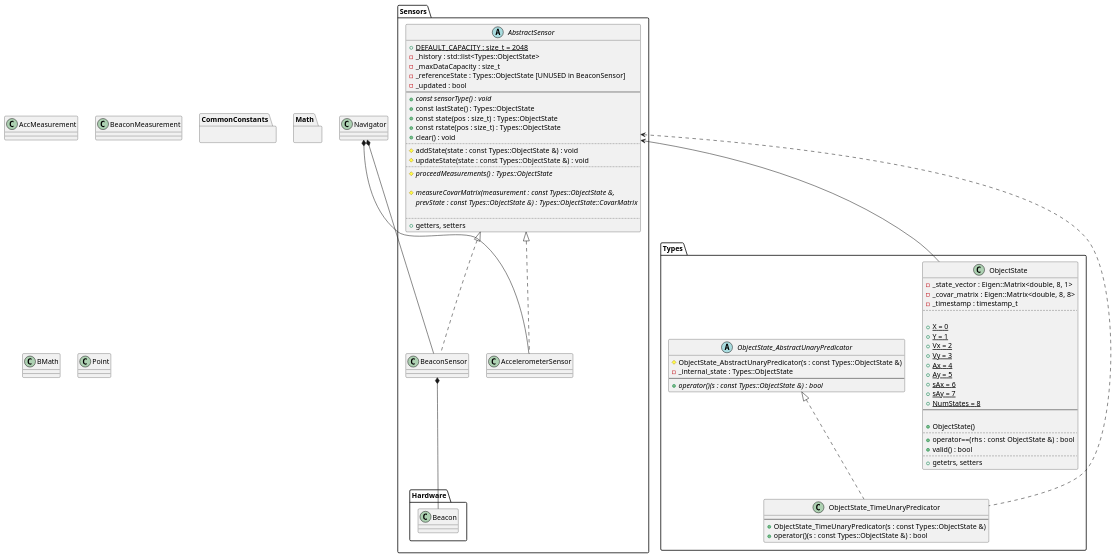
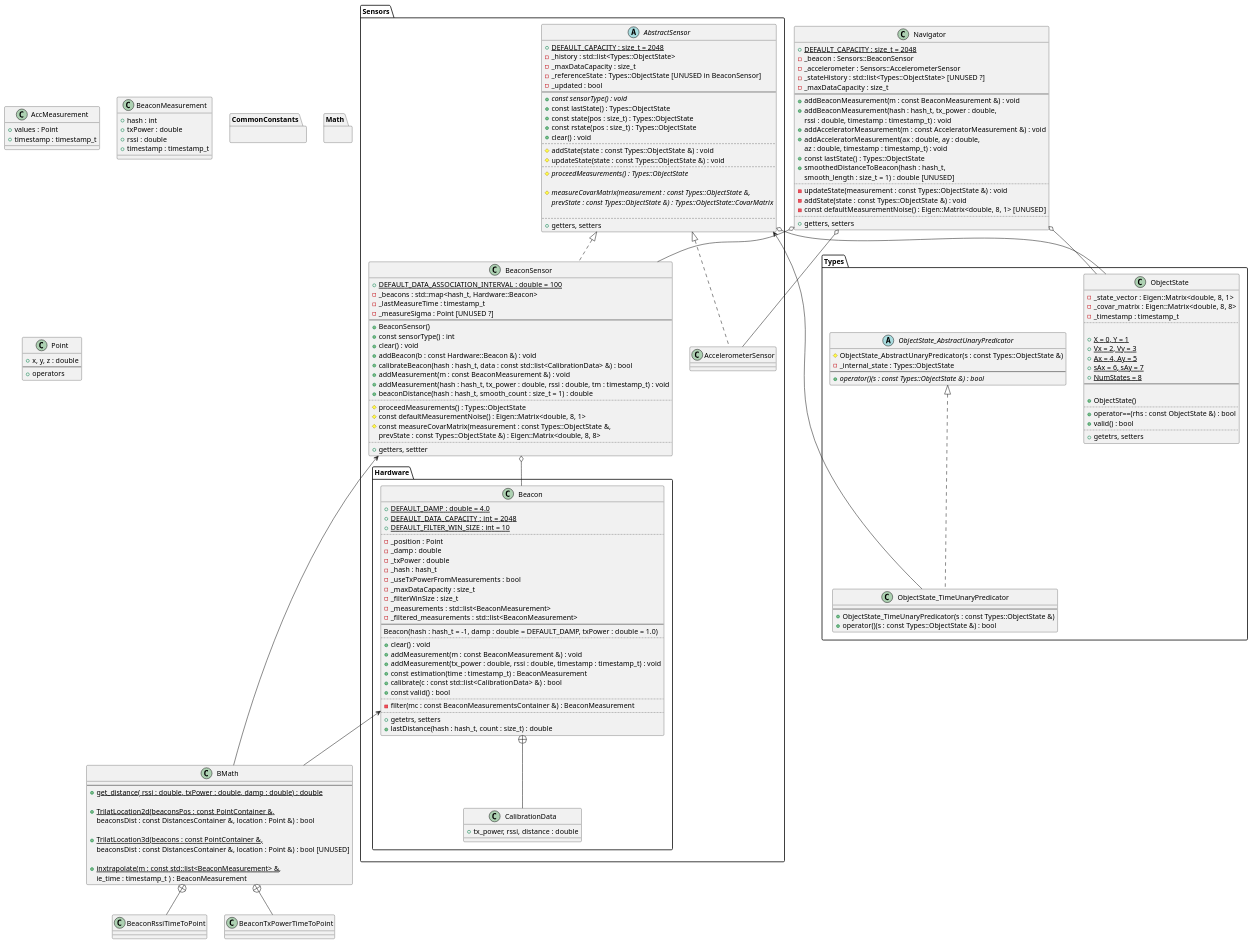
Before and after one commit to Dima2407/indoor: the diagram in tools/test-tool/UML_diagrams/tracking_lib.puml, drawn with PlantUML. The commit also changed 6 other files, not shown here.

Commit message:
tracking_lib UML almost done

```diff
--- a/tools/test-tool/UML_diagrams/tracking_lib.puml
+++ b/tools/test-tool/UML_diagrams/tracking_lib.puml
@@ -26,6 +26,26 @@
     }
 
     class BeaconSensor{
+    + {static} DEFAULT_DATA_ASSOCIATION_INTERVAL : double = 100
+    - _beacons : std::map<hash_t, Hardware::Beacon>
+    - _lastMeasureTime : timestamp_t
+    - _measureSigma : Point [UNUSED ?]
+    --
+    + BeaconSensor()
+    + const sensorType() : int
+    + clear() : void
+    + addBeacon(b : const Hardware::Beacon &) : void
+    + calibrateBeacon(hash : hash_t, data : const std::list<CalibrationData> &) : bool
+    + addMeasurement(m : const BeaconMeasurement &) : void
+    + addMeasurement(hash : hash_t, tx_power : double, rssi : double, tm : timestamp_t) : void
+    + beaconDistance(hash : hash_t, smooth_count : size_t = 1) : double
+    ..
+    # proceedMeasurements() : Types::ObjectState
+    # const defaultMeasurementNoise() : Eigen::Matrix<double, 8, 1>
+    # const measureCovarMatrix(measurement : const Types::ObjectState &,
+      prevState : const Types::ObjectState &) : Eigen::Matrix<double, 8, 8>
+    ..
+    + getters, settter
     }
 
     class AccelerometerSensor{
@@ -34,16 +54,45 @@
     AbstractSensor <|.. BeaconSensor
     AbstractSensor <|.. AccelerometerSensor
 
-
-
-
-
     package Hardware{
         class Beacon{
+        + {static} DEFAULT_DAMP : double = 4.0
+        + {static}  DEFAULT_DATA_CAPACITY : int  = 2048
+        + {static}  DEFAULT_FILTER_WIN_SIZE : int = 10
+        ..
+        - _position : Point
+        - _damp : double
+        - _txPower : double
+        - _hash : hash_t
+        - _useTxPowerFromMeasurements : bool
+        - _maxDataCapacity : size_t
+        - _filterWinSize : size_t
+        - _measurements : std::list<BeaconMeasurement>
+        - _filtered_measurements : std::list<BeaconMeasurement>
+        --
+        Beacon(hash : hash_t = -1, damp : double = DEFAULT_DAMP, txPower : double = 1.0)
+        ..
+        + clear() : void
+        + addMeasurement(m : const BeaconMeasurement &) : void
+        + addMeasurement(tx_power : double, rssi : double, timestamp : timestamp_t) : void
+        + const estimation(time : timestamp_t) : BeaconMeasurement
+        + calibrate(c : const std::list<CalibrationData> &) : bool
+        + const valid() : bool
+        ..
+        - filter(mc : const BeaconMeasurementsContainer &) : BeaconMeasurement
+        ..
+        + getetrs, setters
+        + lastDistance(hash : hash_t, count : size_t) : double
         }
+
+        class CalibrationData{
+        + tx_power, rssi, distance : double
+        }
+
+        Beacon +-- CalibrationData
     }
 
-    BeaconSensor *-- Beacon
+    BeaconSensor o-- Beacon
 }
 
 
@@ -54,14 +103,10 @@
        - _timestamp : timestamp_t
        ..
 
-       {static} + X = 0
-       {static} + Y = 1
-       {static} + Vx = 2
-       {static} + Vy = 3
-       {static} + Ax = 4
-       {static} + Ay = 5
-       {static} + sAx = 6
-       {static} + sAy = 7
+       {static} + X = 0, Y = 1
+       {static} + Vx = 2, Vy = 3
+       {static} + Ax = 4, Ay = 5
+       {static} + sAx = 6, sAy = 7
        {static} + NumStates = 8
        --
 
@@ -88,22 +133,47 @@
 
     ObjectState_AbstractUnaryPredicator <|.. ObjectState_TimeUnaryPredicator
 
-    AbstractSensor <-- ObjectState
-    AbstractSensor <.. ObjectState_TimeUnaryPredicator
-
+    AbstractSensor o-- ObjectState
+    AbstractSensor <-- ObjectState_TimeUnaryPredicator
 
 }
 
 class AccMeasurement {
++ values : Point
++ timestamp : timestamp_t
 }
 
 class BeaconMeasurement {
++ hash : int
++ txPower : double
++ rssi : double
++ timestamp : timestamp_t
 }
 
 class BMath{
+--
++ {static} get_distance( rssi : double, txPower : double, damp : double) : double
+
++ {static} TrilatLocation2d(beaconsPos : const PointContainer &,
+       beaconsDist : const DistancesContainer &, location : Point &) : bool
+
++ {static} TrilatLocation3d(beacons : const PointContainer &,
+       beaconsDist : const DistancesContainer &, location : Point &) : bool [UNUSED]
+
++ {static} inxtrapolate(m : const std::list<BeaconMeasurement> &,
+   ie_time : timestamp_t ) : BeaconMeasurement
 }
 
+BMath +== BeaconRssiTimeToPoint
+BMath +== BeaconTxPowerTimeToPoint
+
+BeaconSensor <-- BMath
+Beacon <-- BMath
+
 class Point{
++ x, y, z : double
+--
++ operators
 }
 
 package CommonConstants{
@@ -113,8 +183,32 @@
 }
 
 class Navigator{
+ + {static} DEFAULT_CAPACITY : size_t = 2048
+ - _beacon : Sensors::BeaconSensor
+ - _accelerometer : Sensors::AccelerometerSensor
+ - _stateHistory : std::list<Types::ObjectState> [UNUSED ?]
+ - _maxDataCapacity : size_t
+ --
+ + addBeaconMeasurement(m : const BeaconMeasurement &) : void
+ + addBeaconMeasurement(hash : hash_t, tx_power : double,
+  rssi : double, timestamp : timestamp_t) : void
+ + addAcceleratorMeasurement(m : const AcceleratorMeasurement &) : void
+ + addAcceleratorMeasurement(ax : double, ay : double,
+  az : double, timestamp : timestamp_t) : void
+ + const lastState() :  Types::ObjectState
+ + smoothedDistanceToBeacon(hash : hash_t,
+  smooth_length : size_t = 1) : double [UNUSED]
+ ..
+ - updateState(measurement : const Types::ObjectState &) : void
+ - addState(state : const Types::ObjectState &) : void
+ - const defaultMeasurementNoise() : Eigen::Matrix<double, 8, 1> [UNUSED]
+ ..
+ + getters, setters
 }
 
-Navigator *-- BeaconSensor
-Navigator *-- AccelerometerSensor
+Navigator o-- BeaconSensor
+
+Navigator o-- AccelerometerSensor
+
+Navigator o-- ObjectState
 @enduml
```
